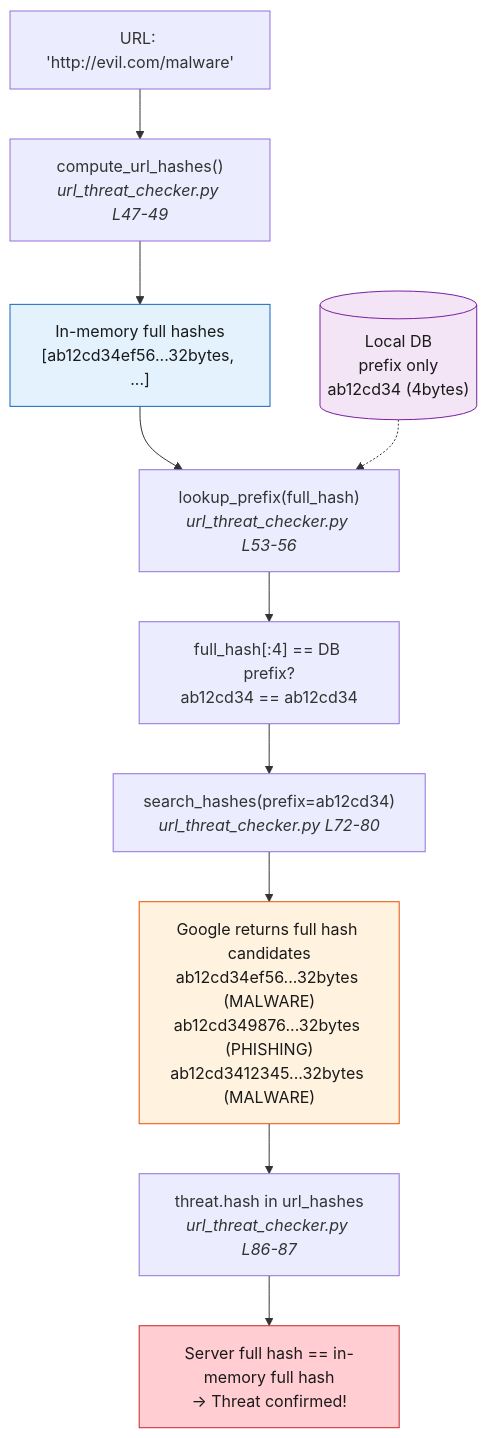
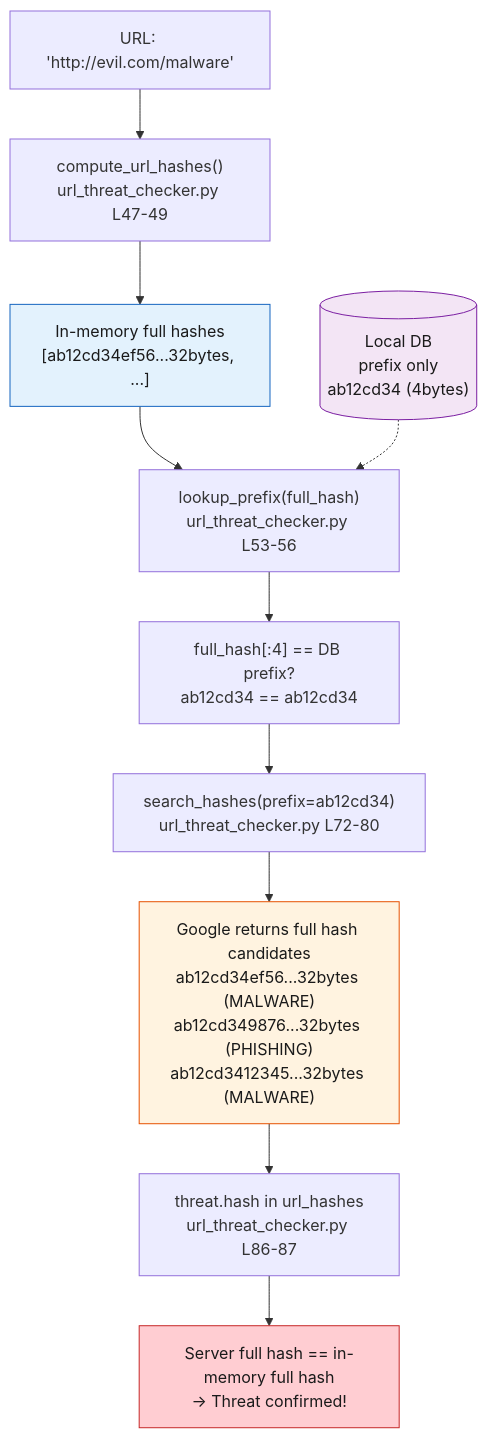
The fourth of 9 diagrams in WORKFLOW_GUIDE.md (kataroya/web-risk-cli), drawn with Mermaid before and after one commit. The commit also changed other lines of this file, not shown here.

Commit message:
refactor: Improve flowchart readability by removing unnecessary HTML breaks in Workflow Guide

````diff
--- a/WORKFLOW_GUIDE.md
+++ b/WORKFLOW_GUIDE.md
@@ -364,19 +364,19 @@
 ```mermaid
 flowchart TD
-    URL["URL: 'http://evil.com/malware'"] --> CALC["compute_url_hashes()<br/><i>url_threat_checker.py L47-49</i>"]
+    URL["URL: 'http://evil.com/malware'"] --> CALC["compute_url_hashes()<br/>url_threat_checker.py L47-49"]
     CALC --> MEM_FULL["In-memory full hashes<br/>[ab12cd34ef56...32bytes, ...]"]
-    MEM_FULL --> LOCAL["lookup_prefix(full_hash)<br/><i>url_threat_checker.py L53-56</i>"]
+    MEM_FULL --> LOCAL["lookup_prefix(full_hash)<br/>url_threat_checker.py L53-56"]
     LOCAL --> CMP1["full_hash[:4] == DB prefix?<br/>ab12cd34 == ab12cd34"]
-    CMP1 --> API["search_hashes(prefix=ab12cd34)<br/><i>url_threat_checker.py L72-80</i>"]
+    CMP1 --> API["search_hashes(prefix=ab12cd34)<br/>url_threat_checker.py L72-80"]
     API --> SERVER["Google returns full hash candidates<br/>ab12cd34ef56...32bytes (MALWARE)<br/>ab12cd349876...32bytes (PHISHING)<br/>ab12cd3412345...32bytes (MALWARE)"]
-    SERVER --> CMP2["threat.hash in url_hashes<br/><i>url_threat_checker.py L86-87</i>"]
+    SERVER --> CMP2["threat.hash in url_hashes<br/>url_threat_checker.py L86-87"]
     CMP2 --> RESULT["Server full hash == in-memory full hash<br/>→ Threat confirmed!"]
 
     DB[("Local DB<br/>prefix only<br/>ab12cd34 (4bytes)")]
     DB -.-> LOCAL
 
     style MEM_FULL fill:#e3f2fd,stroke:#1565c0,color:#1a1a1a
     style SERVER fill:#fff3e0,stroke:#e65100,color:#1a1a1a
     style RESULT fill:#ffcdd2,stroke:#c62828,color:#1a1a1a
     style DB fill:#f3e5f5,stroke:#7b1fa2,color:#1a1a1a
 ```
````
